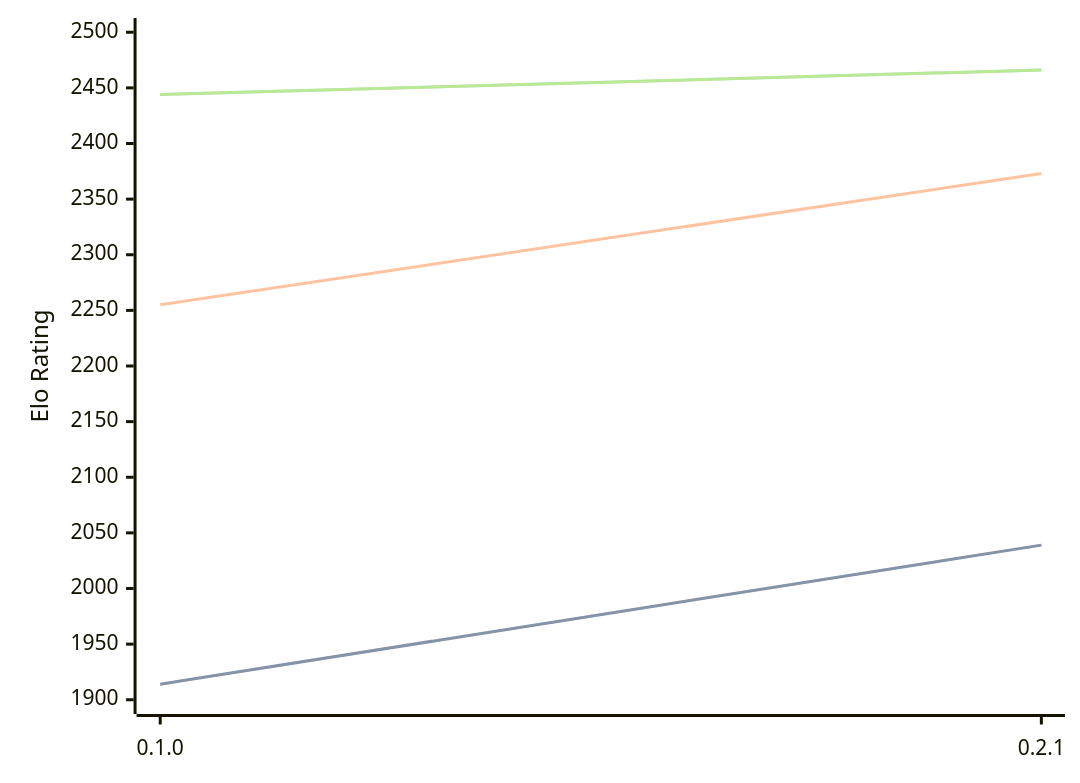
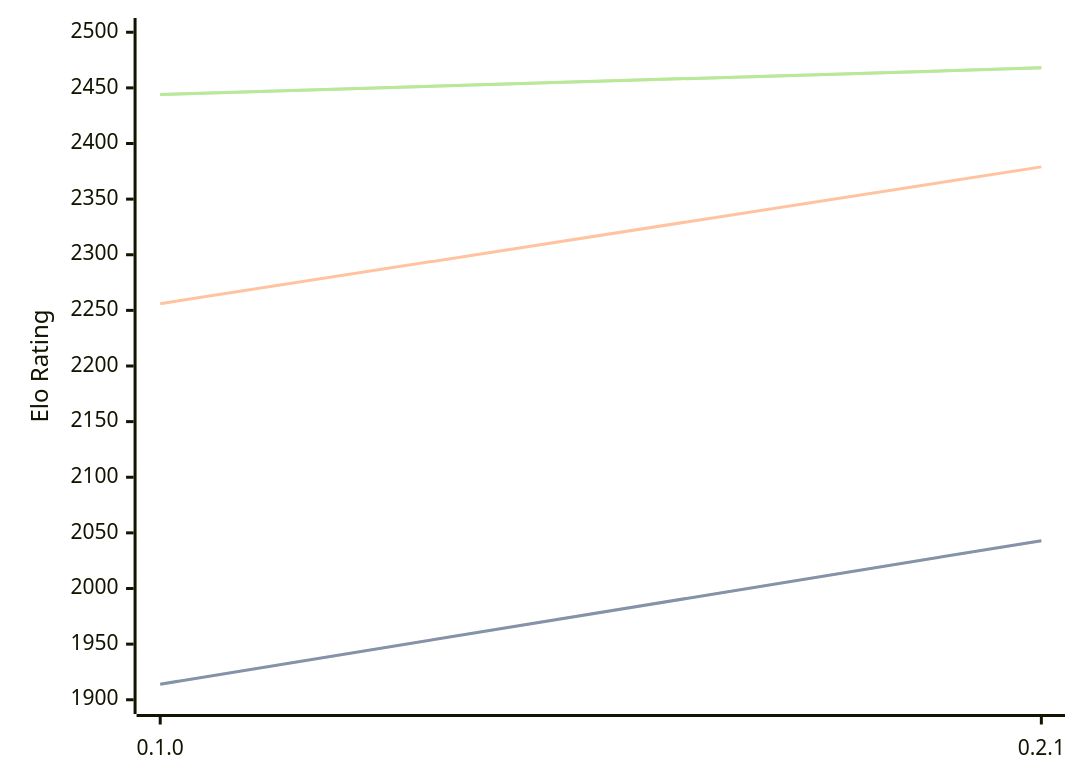
Before and after one commit to computer-chess-index/cci: the diagram in engines/Sykora.md, drawn with Mermaid. The commit also changed other lines of this file, not shown here.

Commit message:
Update CCI Ratings (ELO VLTC) - 2026-04-13

````diff
--- a/engines/Sykora.md
+++ b/engines/Sykora.md
@@ -33,11 +33,11 @@
 ```mermaid
 %%{init: {"theme":"base","themeVariables":{"seriesColors:['#a3a3a3','#222221','#faa371']}}}%%
 xychart-beta
   x-axis ["0.1.0", "0.2.1"]
   y-axis "Elo Rating" 1900 --> 2500
-  line "STC (8.0+0.08s)" [1914, 2039]
-  line "STC (8.0+0.08s)" [1914, 2039]
-  line "LTC (60.0+0.60s)" [2255, 2373]
-  line "VLTC (2m24s+1.12s)" [2444, 2466]
-  line "VLTC (2m24s+1.12s)" [2444, 2466]
+  line "STC (8.0+0.08s)" [1914, 2043]
+  line "STC (8.0+0.08s)" [1914, 2043]
+  line "LTC (60.0+0.60s)" [2256, 2379]
+  line "VLTC (2m24s+1.12s)" [2444, 2468]
+  line "VLTC (2m24s+1.12s)" [2444, 2468]
 ```
````
